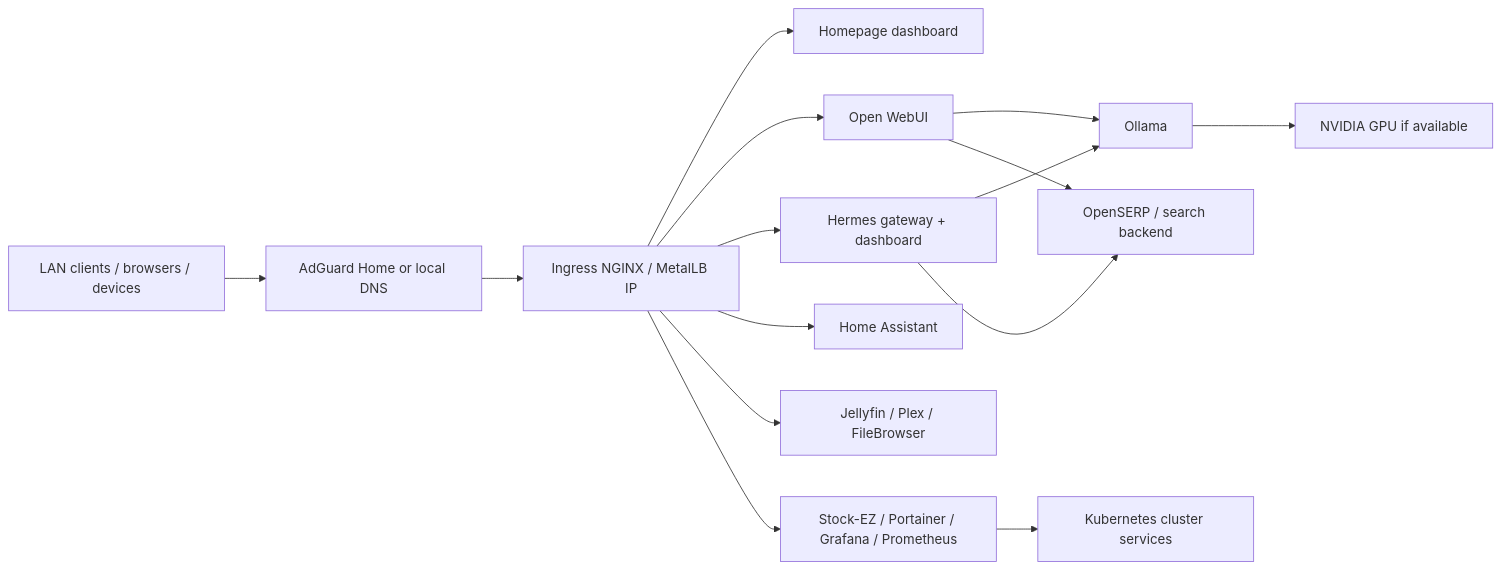
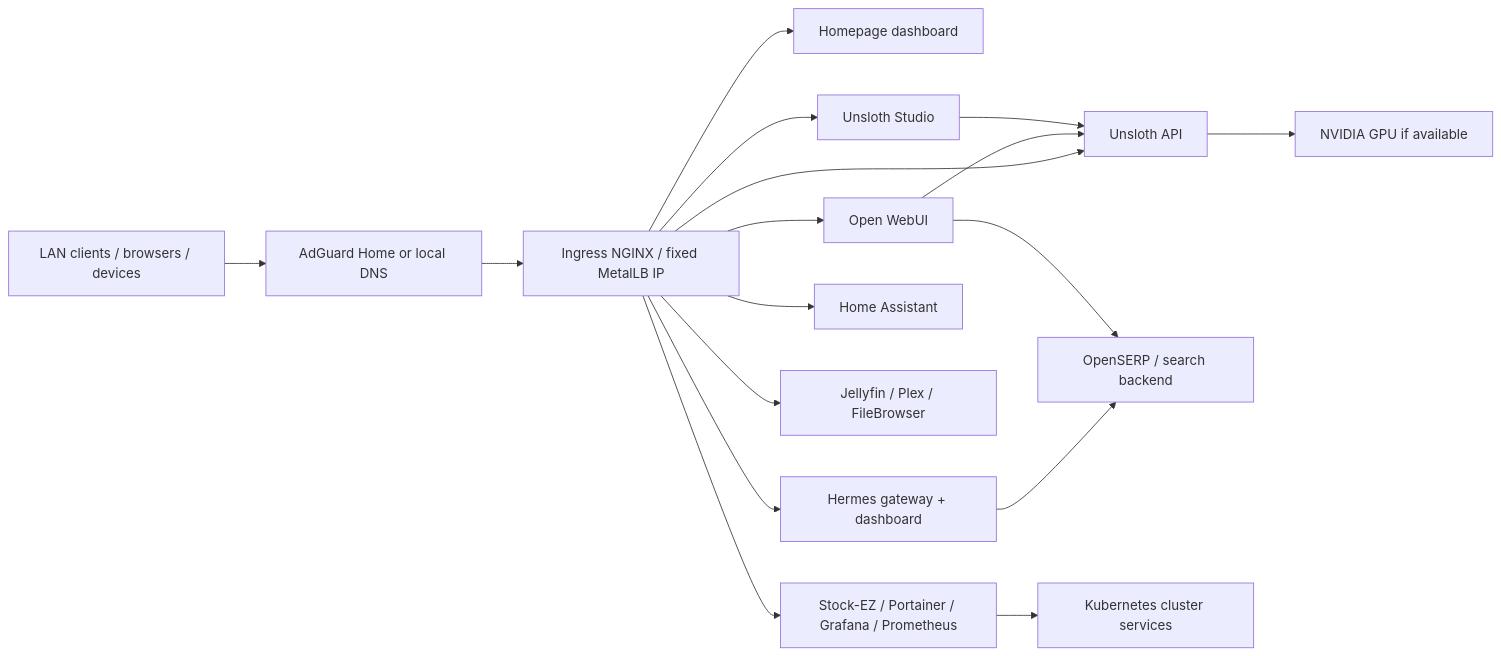
The diagram in README.md (SushritPasupuleti/homelab), drawn with Mermaid before and after one commit. The commit also changed other lines of this file and 13 other files, not shown here.

````diff
--- a/README.md
+++ b/README.md
@@ -7,18 +7,20 @@
 ```mermaid
 flowchart LR
     User[LAN clients / browsers / devices] --> DNS[AdGuard Home or local DNS]
-    DNS --> Ingress[Ingress NGINX / MetalLB IP]
+    DNS --> Ingress[Ingress NGINX / fixed MetalLB IP]
     Ingress --> Dashboard[Homepage dashboard]
     Ingress --> WebUI[Open WebUI]
+    Ingress --> UnslothAPI[Unsloth API]
+    Ingress --> UnslothStudio[Unsloth Studio]
     Ingress --> Hermes[Hermes gateway + dashboard]
     Ingress --> HA[Home Assistant]
     Ingress --> Media[Jellyfin / Plex / FileBrowser]
     Ingress --> Apps[Stock-EZ / Portainer / Grafana / Prometheus]
 
-    WebUI --> Ollama[Ollama]
-    Hermes --> Ollama
-    Hermes --> Search[OpenSERP / search backend]
-    WebUI --> Search
-    Ollama --> GPU[NVIDIA GPU if available]
+    WebUI --> UnslothAPI
+    UnslothStudio --> UnslothAPI
+    Hermes --> OpenSERP[OpenSERP / search backend]
+    WebUI --> OpenSERP
+    UnslothAPI --> GPU[NVIDIA GPU if available]
     Apps --> K8s[Kubernetes cluster services]
 ```
````
